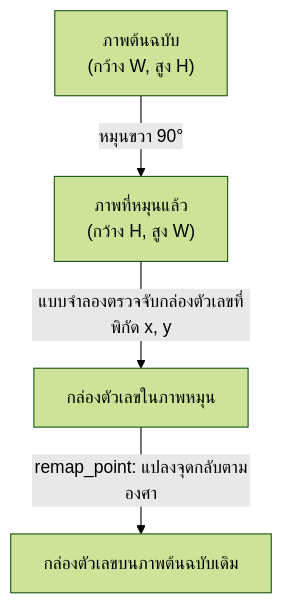
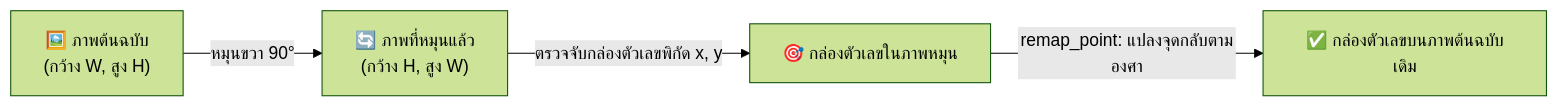
One commit to jirathxz/meter-reader changed the third of 5 diagrams in TUTORIAL.md. Above: the diagram before and after it, drawn with Mermaid (forest theme). The commit also changed other lines of this file, not shown here.

Commit message:
style(docs): update all diagrams to flowchart LR with 16:9 widescreen layout

````diff
--- a/TUTORIAL.md
+++ b/TUTORIAL.md
@@ -641,6 +641,6 @@
 ```mermaid
-flowchart TD
- A[" ภาพต้นฉบับ<br/>(กว้าง W, สูง H)"] -->|"หมุนขวา 90°"| B[" ภาพที่หมุนแล้ว<br/>(กว้าง H, สูง W)"]
- B -->|"แบบจำลองตรวจจับกล่องตัวเลขที่พิกัด x, y"| C[" กล่องตัวเลขในภาพหมุน"]
- C -->|"remap_point: แปลงจุดกลับตามองศา"| D[" กล่องตัวเลขบนภาพต้นฉบับเดิม"]
+flowchart LR
+  A["🖼️ ภาพต้นฉบับ<br/>(กว้าง W, สูง H)"] -->|"หมุนขวา 90°"| B["🔄 ภาพที่หมุนแล้ว<br/>(กว้าง H, สูง W)"]
+  B -->|"ตรวจจับกล่องตัวเลขพิกัด x, y"| C["🎯 กล่องตัวเลขในภาพหมุน"]
+  C -->|"remap_point: แปลงจุดกลับตามองศา"| D["✅ กล่องตัวเลขบนภาพต้นฉบับเดิม"]
 ```
````
